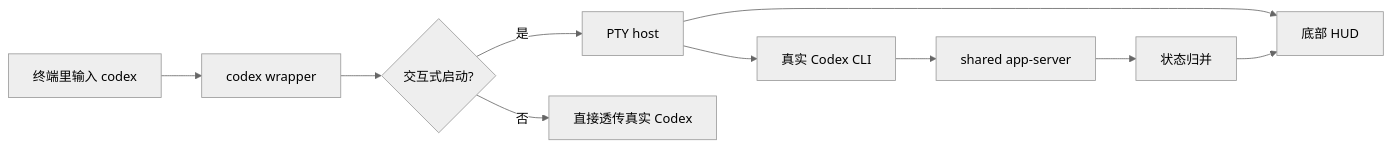
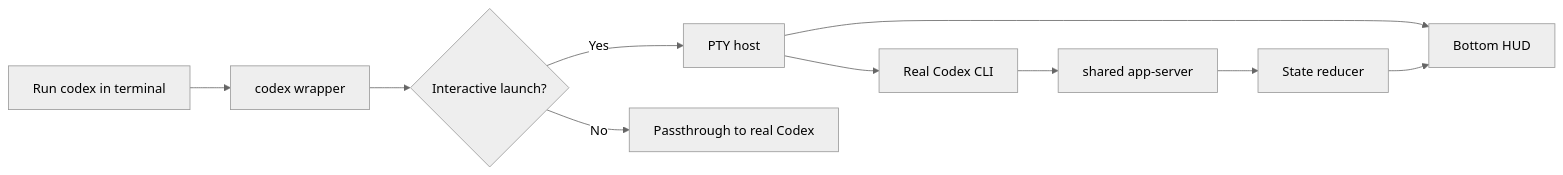
One commit to subisle/codex-hud changed the diagram in README.md. Above: the diagram before and after it, drawn with Mermaid (neutral theme). The commit also changed other lines of this file and 1 other file, not shown here.

````diff
--- a/README.md
+++ b/README.md
@@ -101,13 +107,13 @@
 ```mermaid
 flowchart LR
-    U["终端里输入 codex"] --> W["codex wrapper"]
-    W --> D{"交互式启动?"}
-    D -->|"是"| P["PTY host"]
-    D -->|"否"| R["直接透传真实 Codex"]
+    U["Run codex in terminal"] --> W["codex wrapper"]
+    W --> D{"Interactive launch?"}
+    D -->|"Yes"| P["PTY host"]
+    D -->|"No"| R["Passthrough to real Codex"]
 
-    P --> C["真实 Codex CLI"]
-    P --> H["底部 HUD"]
+    P --> C["Real Codex CLI"]
+    P --> H["Bottom HUD"]
     C --> A["shared app-server"]
-    A --> G["状态归并"]
+    A --> G["State reducer"]
     G --> H
 ```
````
